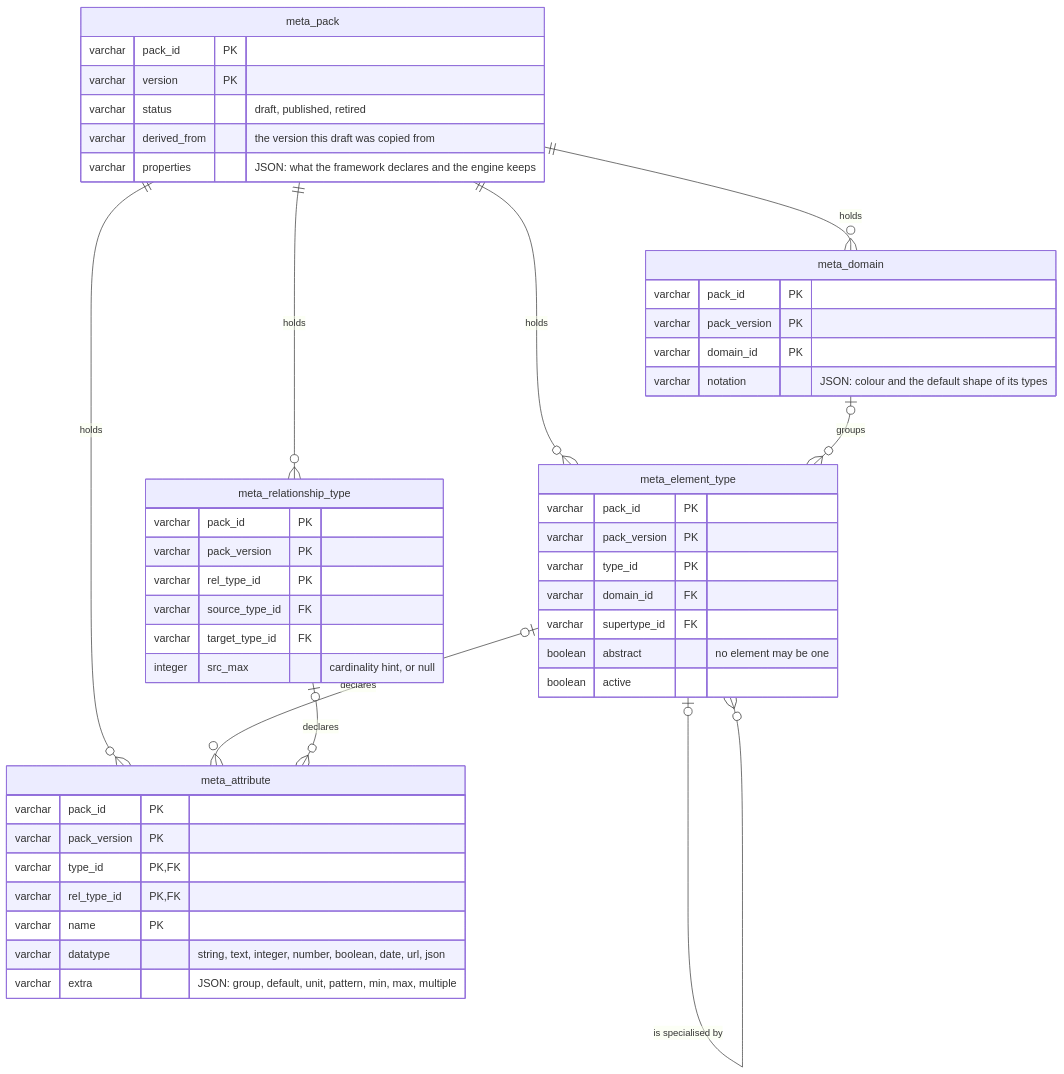
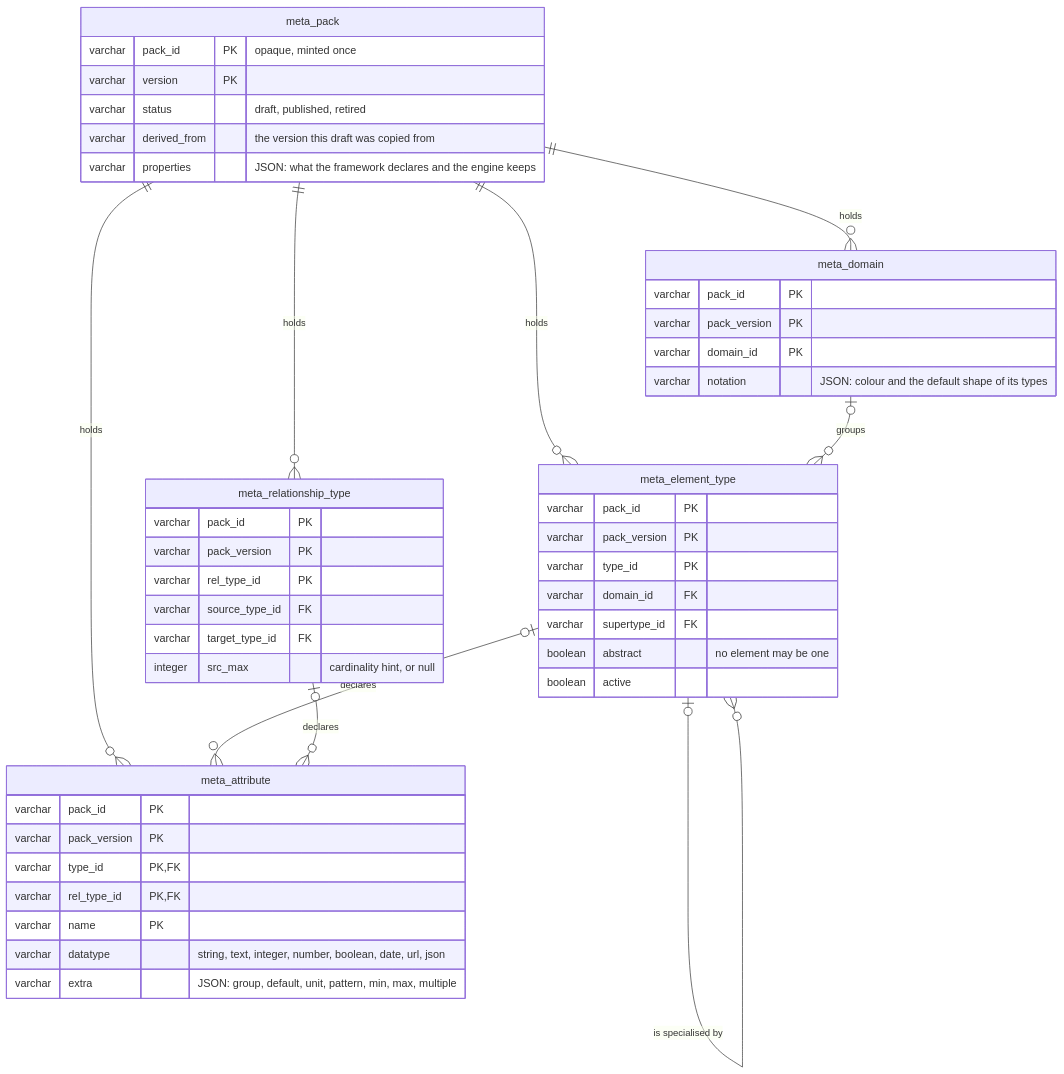
The fourth of 8 diagrams in architecture/3_information/3_logical-data-model.md (roanboc/dbx-enterprise-architecture), drawn with Mermaid before and after one commit. The commit also changed other lines of this file and 13 other files, not shown here.

First line of the commit message:
docs(architecture): initiative 21 in the model — decisions 0021 and 0022

````diff
--- a/architecture/3_information/3_logical-data-model.md
+++ b/architecture/3_information/3_logical-data-model.md
@@ -142,50 +142,50 @@
 ```mermaid
 erDiagram
   meta_pack {
-    varchar pack_id PK
+    varchar pack_id PK "opaque, minted once"
     varchar version PK
     varchar status "draft, published, retired"
     varchar derived_from "the version this draft was copied from"
     varchar properties "JSON: what the framework declares and the engine keeps"
   }
   meta_domain {
     varchar pack_id PK
     varchar pack_version PK
     varchar domain_id PK
     varchar notation "JSON: colour and the default shape of its types"
   }
   meta_element_type {
     varchar pack_id PK
     varchar pack_version PK
     varchar type_id PK
     varchar domain_id FK
     varchar supertype_id FK
     boolean abstract "no element may be one"
     boolean active
   }
   meta_relationship_type {
     varchar pack_id PK
     varchar pack_version PK
     varchar rel_type_id PK
     varchar source_type_id FK
     varchar target_type_id FK
     integer src_max "cardinality hint, or null"
   }
   meta_attribute {
     varchar pack_id PK
     varchar pack_version PK
     varchar type_id PK, FK
     varchar rel_type_id PK, FK
     varchar name PK
     varchar datatype "string, text, integer, number, boolean, date, url, json"
     varchar extra "JSON: group, default, unit, pattern, min, max, multiple"
   }
   meta_pack ||--o{ meta_domain : "holds"
   meta_pack ||--o{ meta_element_type : "holds"
   meta_pack ||--o{ meta_relationship_type : "holds"
   meta_pack ||--o{ meta_attribute : "holds"
   meta_domain |o--o{ meta_element_type : "groups"
   meta_element_type |o--o{ meta_element_type : "is specialised by"
   meta_element_type |o--o{ meta_attribute : "declares"
   meta_relationship_type |o--o{ meta_attribute : "declares"
 ```
````
